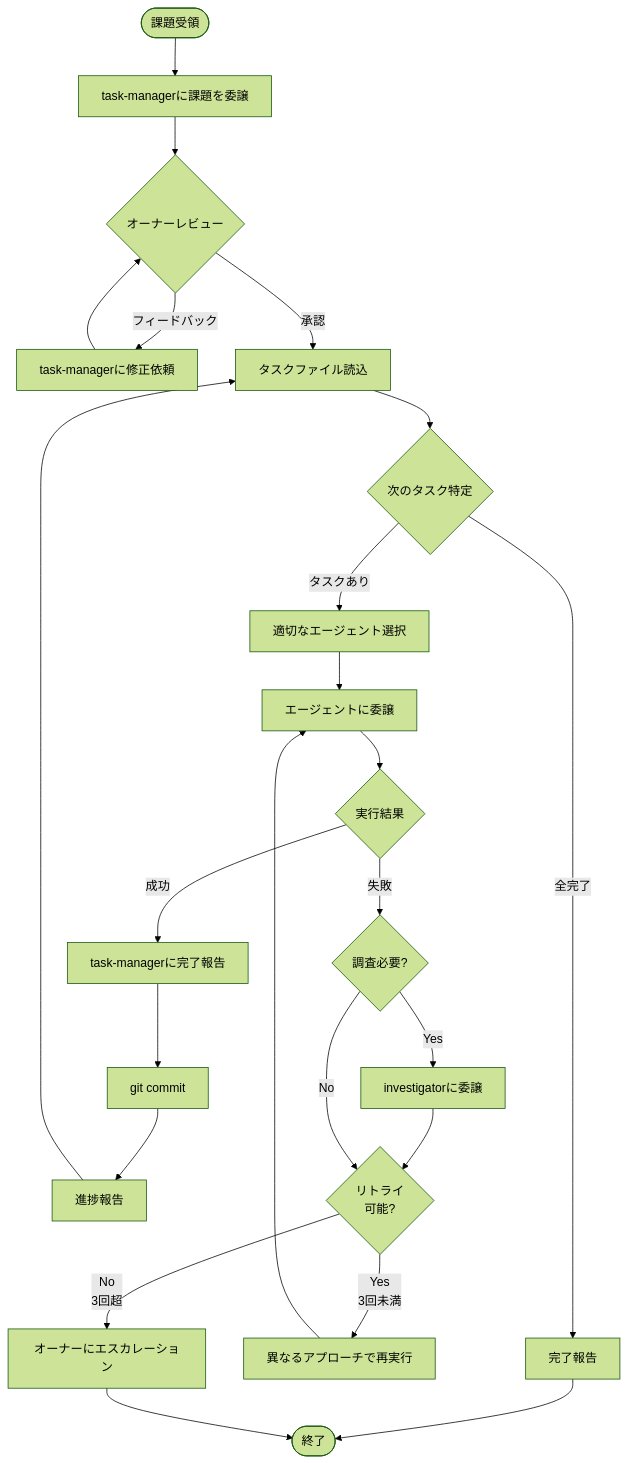
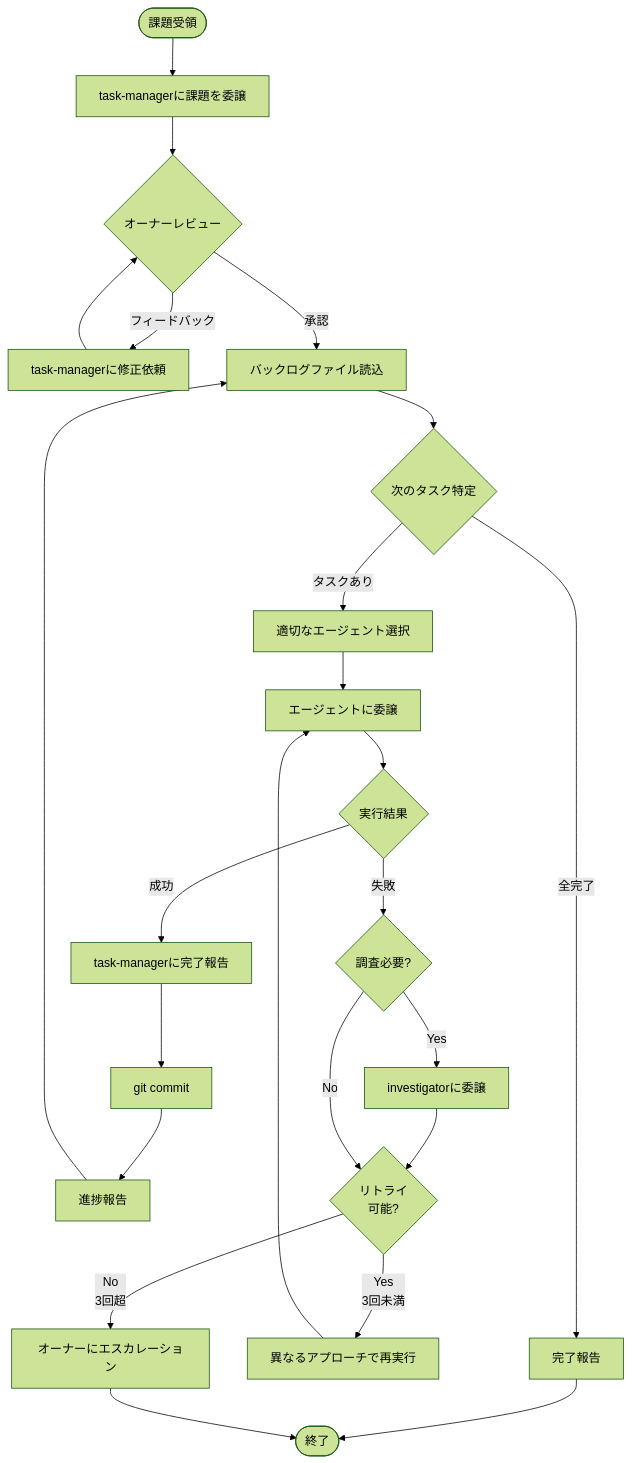
The diagram in nix/home/base/cli/copilot-cli/agents/orchestrator.agent.md (ichi-h/dotfiles), drawn with Mermaid (forest theme) before and after one commit. The commit also changed other lines of this file and 8 other files, not shown here.

````diff
--- a/nix/home/base/cli/copilot-cli/agents/orchestrator.agent.md
+++ b/nix/home/base/cli/copilot-cli/agents/orchestrator.agent.md
@@ -42,32 +23,32 @@
 ```mermaid
 graph TB
     Start([課題受領]) --> Delegate[task-managerに課題を委譲]
     Delegate --> Review{オーナーレビュー}
     Review -->|フィードバック| Modify[task-managerに修正依頼]
     Modify --> Review
-    Review -->|承認| LoadTasks[タスクファイル読込]
+    Review -->|承認| LoadBacklog[バックログファイル読込]
 
-    LoadTasks --> NextTask{次のタスク特定}
+    LoadBacklog --> NextTask{次のタスク特定}
     NextTask -->|タスクあり| SelectAgent[適切なエージェント選択]
     NextTask -->|全完了| Report[完了報告]
 
     SelectAgent --> Execute[エージェントに委譲]
     Execute --> Success{実行結果}
 
     Success -->|成功| UpdateTask[task-managerに完了報告]
     UpdateTask --> Commit[git commit]
     Commit --> Progress[進捗報告]
-    Progress --> LoadTasks
+    Progress --> LoadBacklog
 
     Success -->|失敗| Investigate{調査必要?}
     Investigate -->|Yes| CallInvestigator[investigatorに委譲]
     CallInvestigator --> Retry{リトライ<br/>可能?}
     Investigate -->|No| Retry
 
     Retry -->|Yes<br/>3回未満| Replan[異なるアプローチで再実行]
     Replan --> Execute
     Retry -->|No<br/>3回超| Escalate[オーナーにエスカレーション]
 
     Report --> End([終了])
     Escalate --> End
 ```
````
